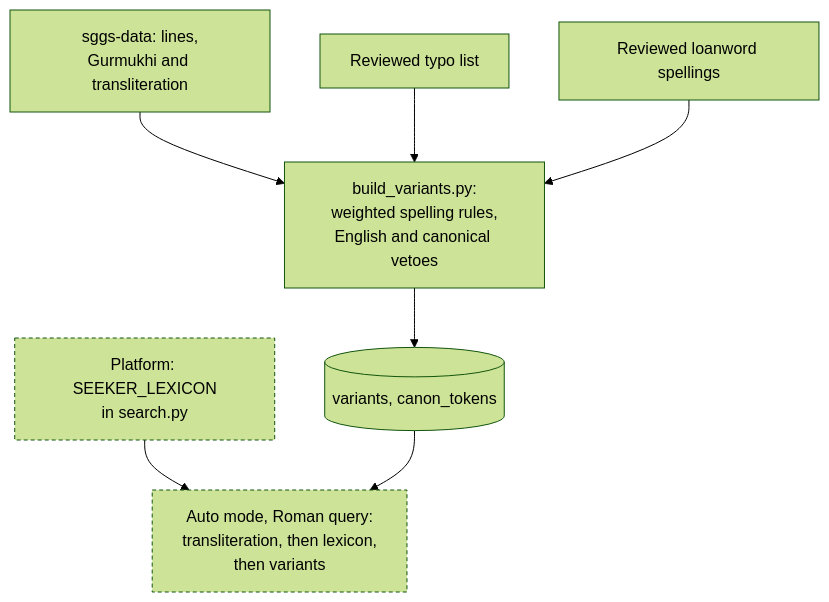
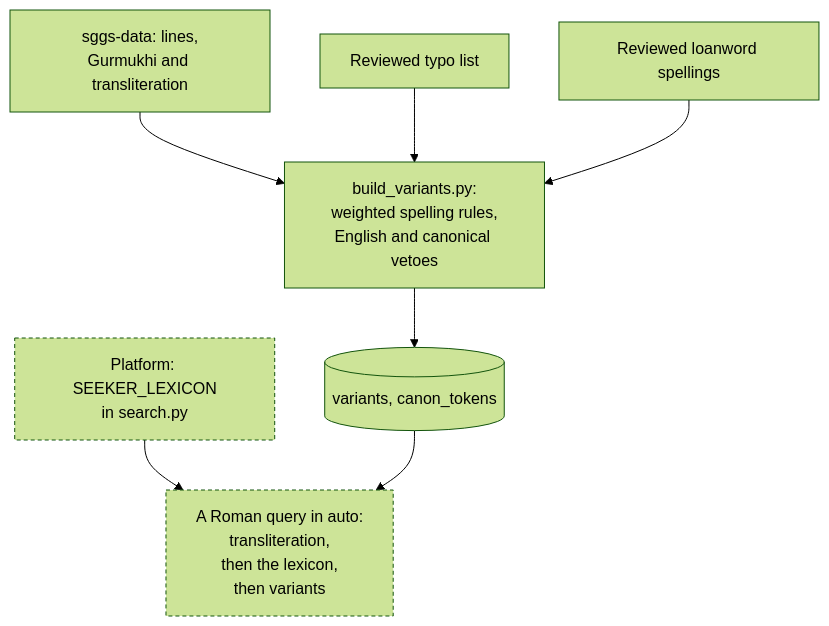
One commit to Algorythmos-AI/sggs-platform changed the diagram in docs/search/variants-and-lexicon.md. Above: the diagram before and after it, drawn with Mermaid (forest theme). The commit also changed 2 other files, not shown here.

Commit message:
docs(wiki): diagram labels fit their boxes

````diff
--- a/docs/search/variants-and-lexicon.md
+++ b/docs/search/variants-and-lexicon.md
@@ -23,13 +23,13 @@
 ```mermaid
 flowchart TB
     accTitle: Where variants and the lexicon come from and where search uses them
     accDescr: In sggs-data, build_variants.py pairs each Gurmukhi word with its transliteration, generates spellings with weighted rules, removes English words and canonical spellings, and adds a reviewed typo list; an assisted pass adds reviewed loanword spellings. The result is the variants table, beside canon_tokens. In the platform, search.py holds the seeker lexicon. For a Roman query in auto mode, the transliteration index is tried first, then the lexicon, then the variant index.
     corpus[sggs-data: lines,<br/>Gurmukhi and transliteration] --> rules[build_variants.py:<br/>weighted spelling rules,<br/>English and canonical vetoes]
     typo[Reviewed typo list] --> rules
     llm[Reviewed loanword spellings] --> rules
     rules --> v[(variants, canon_tokens)]
     lex[Platform: SEEKER_LEXICON<br/>in search.py] --> q
-    v --> q[Auto mode, Roman query:<br/>transliteration, then lexicon,<br/>then variants]
+    v --> q[A Roman query in auto:<br/>transliteration,<br/>then the lexicon,<br/>then variants]
     class lex,q platform
     classDef platform stroke-dasharray: 4 3
 ```
````
